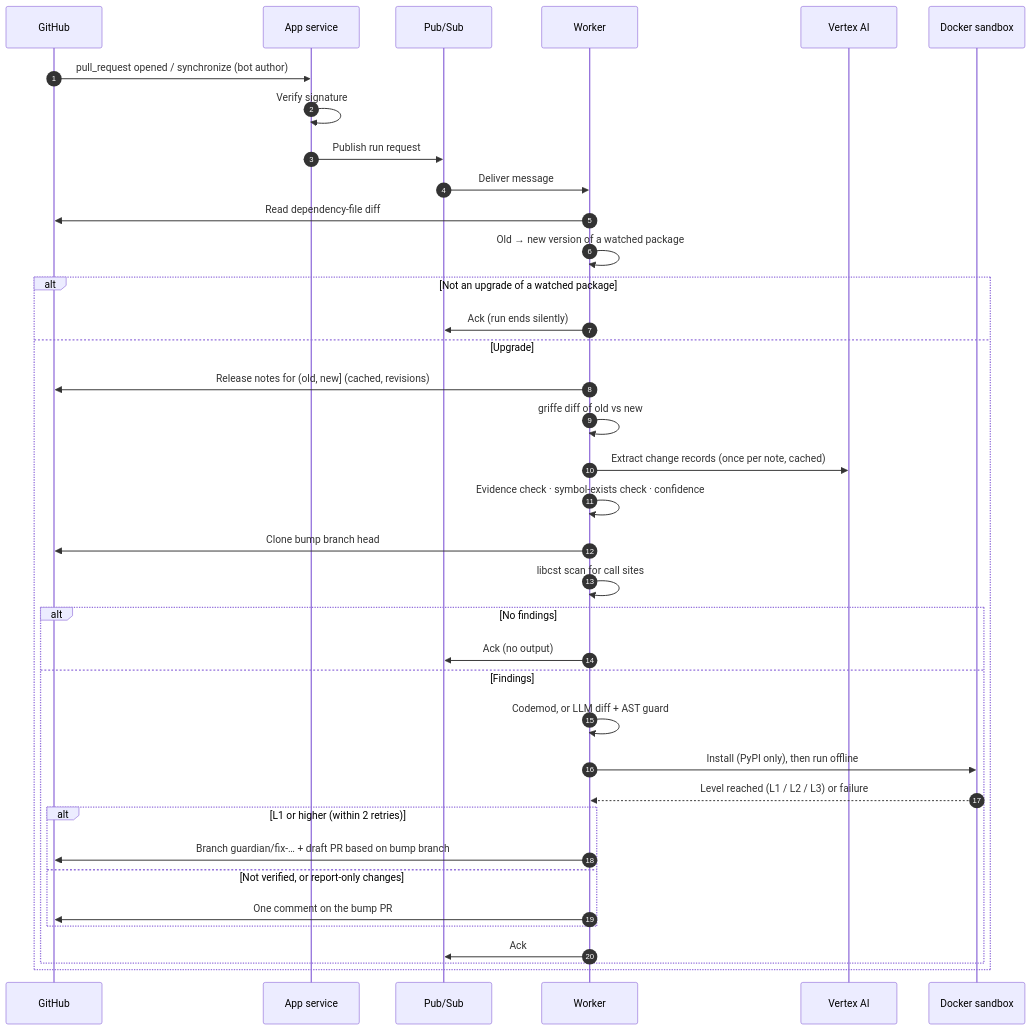
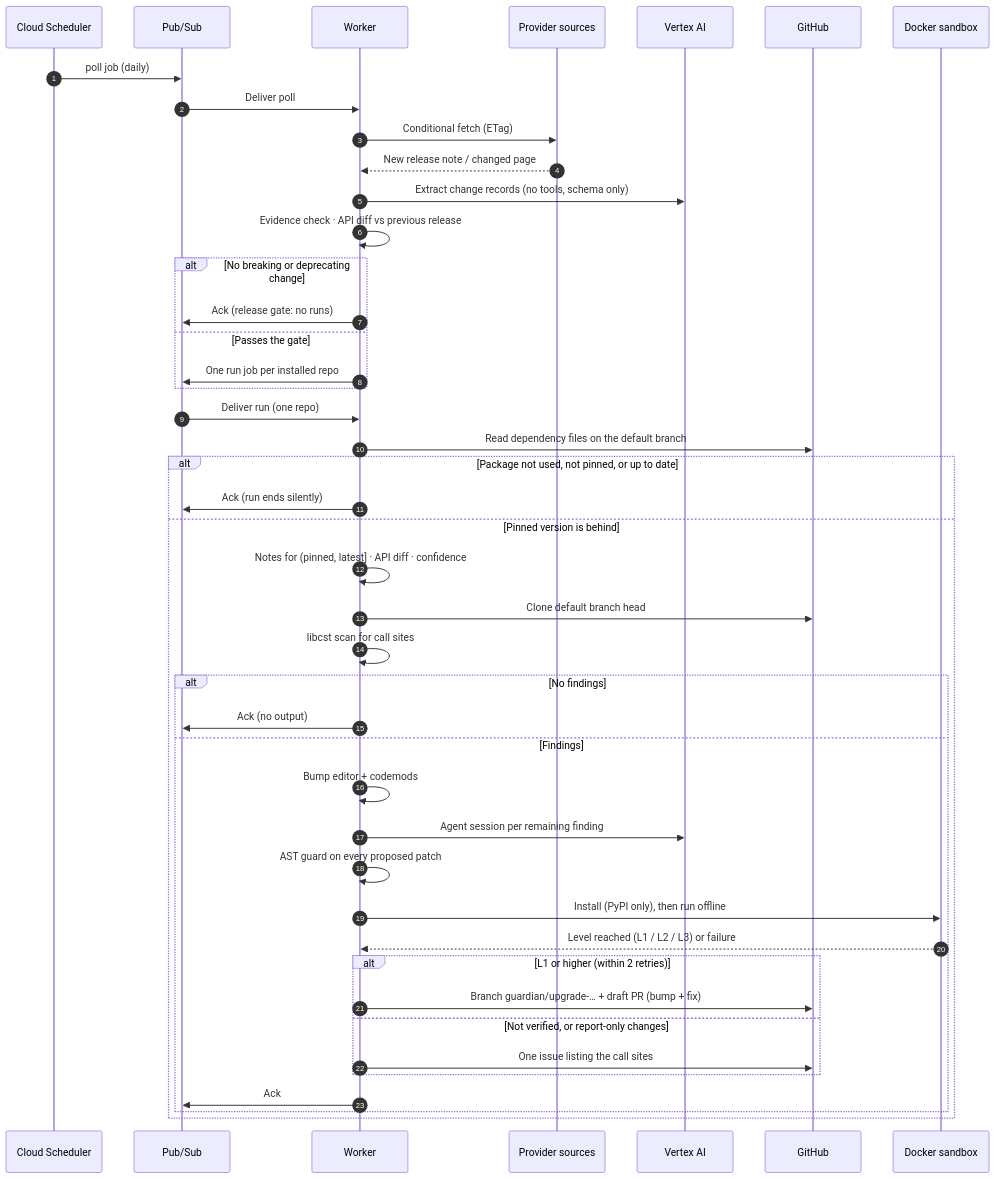
The third of 6 diagrams in docs/architecture.md (kavish924/API_agent), drawn with Mermaid before and after one commit. The commit also changed other lines of this file and 17 other files, not shown here.

````diff
--- a/docs/architecture.md
+++ b/docs/architecture.md
@@ -104,40 +121,48 @@
 ```mermaid
 sequenceDiagram
     autonumber
-    participant GH as GitHub
-    participant APP as App service
+    participant SCH as Cloud Scheduler
     participant Q as Pub/Sub
     participant WK as Worker
+    participant SRC as Provider sources
     participant LLM as Vertex AI
+    participant GH as GitHub
     participant SB as Docker sandbox
 
-    GH->>APP: pull_request opened / synchronize (bot author)
-    APP->>APP: Verify signature
-    APP->>Q: Publish run request
-    Q->>WK: Deliver message
-    WK->>GH: Read dependency-file diff
-    WK->>WK: Old → new version of a watched package
-    alt Not an upgrade of a watched package
+    SCH->>Q: poll job (daily)
+    Q->>WK: Deliver poll
+    WK->>SRC: Conditional fetch (ETag)
+    SRC-->>WK: New release note / changed page
+    WK->>LLM: Extract change records (no tools, schema only)
+    WK->>WK: Evidence check · API diff vs previous release
+    alt No breaking or deprecating change
+        WK->>Q: Ack (release gate: no runs)
+    else Passes the gate
+        WK->>Q: One run job per installed repo
+    end
+
+    Q->>WK: Deliver run (one repo)
+    WK->>GH: Read dependency files on the default branch
+    alt Package not used, not pinned, or up to date
         WK->>Q: Ack (run ends silently)
-    else Upgrade
-        WK->>GH: Release notes for (old, new] (cached, revisions)
-        WK->>WK: griffe diff of old vs new
-        WK->>LLM: Extract change records (once per note, cached)
-        WK->>WK: Evidence check · symbol-exists check · confidence
-        WK->>GH: Clone bump branch head
+    else Pinned version is behind
+        WK->>WK: Notes for (pinned, latest] · API diff · confidence
+        WK->>GH: Clone default branch head
         WK->>WK: libcst scan for call sites
         alt No findings
             WK->>Q: Ack (no output)
         else Findings
-            WK->>WK: Codemod, or LLM diff + AST guard
+            WK->>WK: Bump editor + codemods
+            WK->>LLM: Agent session per remaining finding
+            WK->>WK: AST guard on every proposed patch
             WK->>SB: Install (PyPI only), then run offline
             SB-->>WK: Level reached (L1 / L2 / L3) or failure
             alt L1 or higher (within 2 retries)
-                WK->>GH: Branch guardian/fix-… + draft PR based on bump branch
+                WK->>GH: Branch guardian/upgrade-… + draft PR (bump + fix)
             else Not verified, or report-only changes
-                WK->>GH: One comment on the bump PR
+                WK->>GH: One issue listing the call sites
             end
             WK->>Q: Ack
         end
     end
 ```
````
